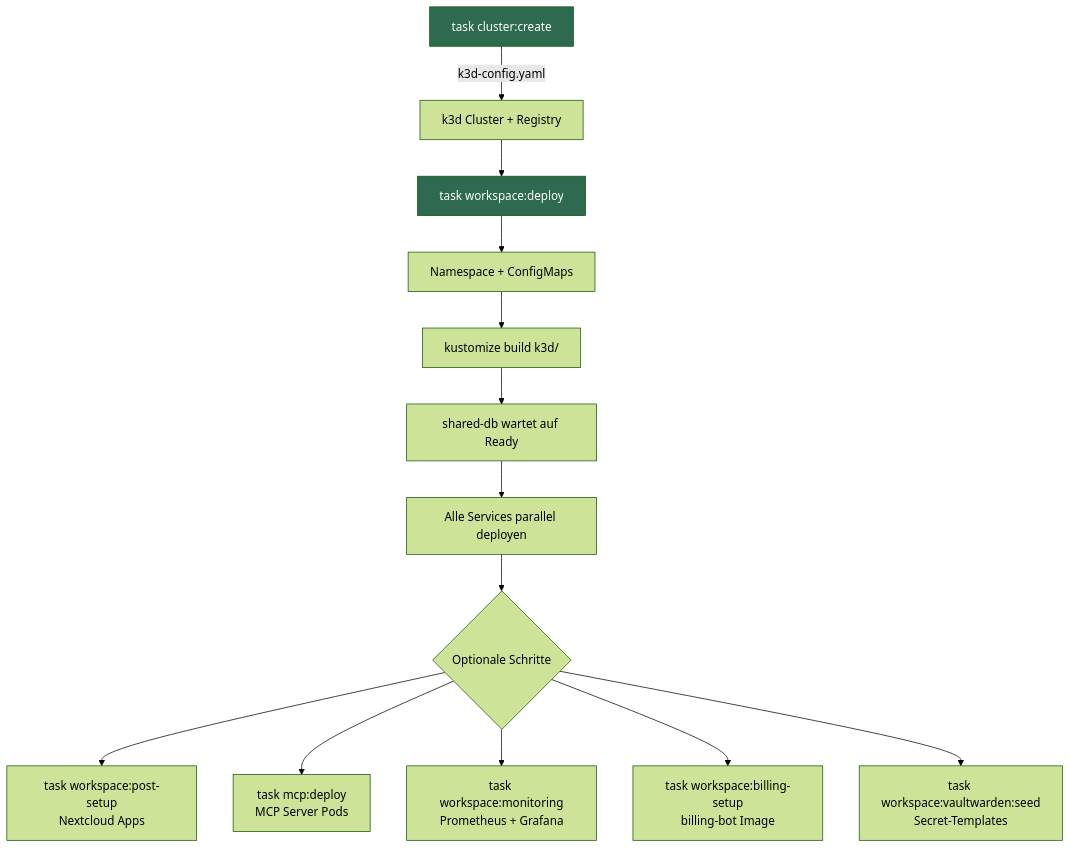
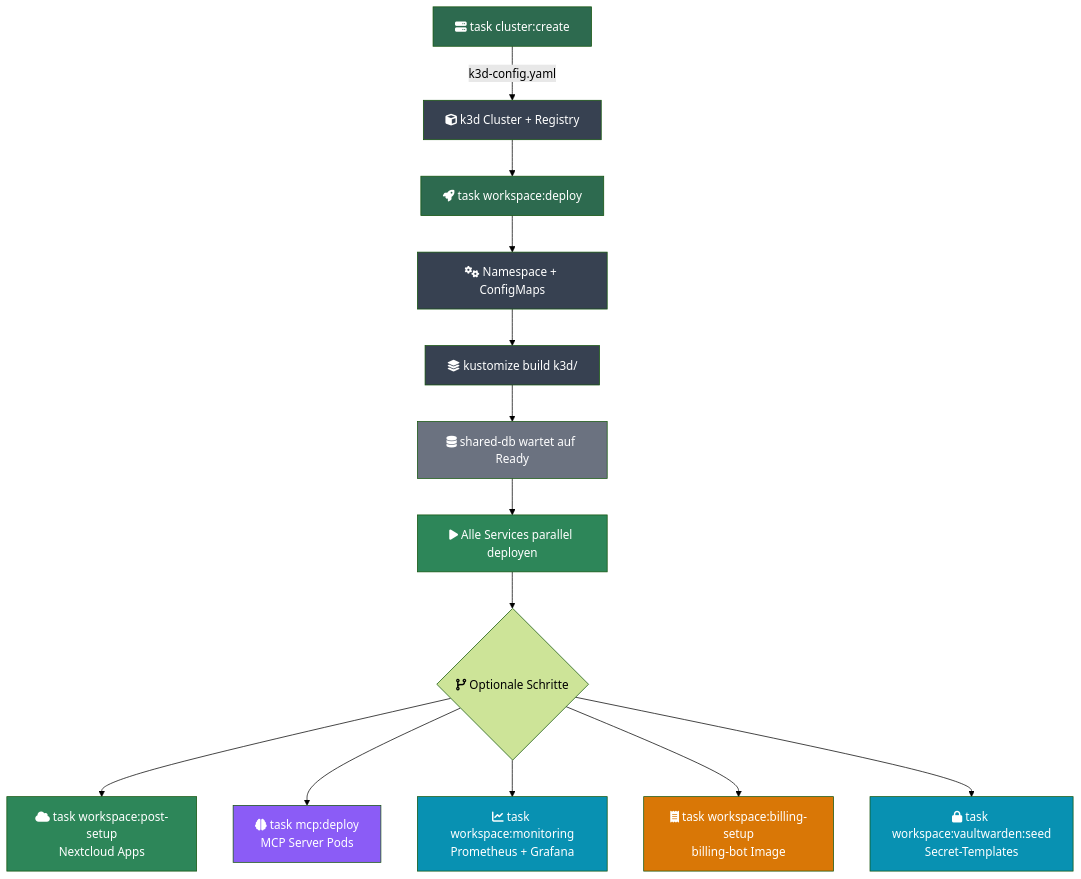
Before and after one commit to Paddione/Bachelorprojekt: the ninth of 9 diagrams in docs/architecture.md, drawn with Mermaid (forest theme). The commit also changed other lines of this file and 19 other files, not shown here.

````diff
--- a/docs/architecture.md
+++ b/docs/architecture.md
@@ -575,19 +628,29 @@
 ```mermaid
 flowchart TD
-    A[task cluster:create] -->|k3d-config.yaml| B[k3d Cluster + Registry]
-    B --> C[task workspace:deploy]
-    C --> D[Namespace + ConfigMaps]
-    D --> E[kustomize build k3d/]
-    E --> F[shared-db wartet auf Ready]
-    F --> G[Alle Services parallel deployen]
-    G --> H{Optionale Schritte}
+    A["fa:fa-server task cluster:create"] -->|k3d-config.yaml| B["fa:fa-cube k3d Cluster + Registry"]
+    B --> C["fa:fa-rocket task workspace:deploy"]
+    C --> D["fa:fa-cogs Namespace + ConfigMaps"]
+    D --> E["fa:fa-layer-group kustomize build k3d/"]
+    E --> F["fa:fa-database shared-db wartet auf Ready"]
+    F --> G["fa:fa-play Alle Services parallel deployen"]
+    G --> H{"fa:fa-code-branch Optionale Schritte"}
 
-    H --> I[task workspace:post-setup<br/>Nextcloud Apps]
-    H --> J[task mcp:deploy<br/>MCP Server Pods]
-    H --> K[task workspace:monitoring<br/>Prometheus + Grafana]
-    H --> L[task workspace:billing-setup<br/>billing-bot Image]
-    H --> M[task workspace:vaultwarden:seed<br/>Secret-Templates]
+    H --> I["fa:fa-cloud task workspace:post-setup<br/>Nextcloud Apps"]
+    H --> J["fa:fa-brain task mcp:deploy<br/>MCP Server Pods"]
+    H --> K["fa:fa-chart-line task workspace:monitoring<br/>Prometheus + Grafana"]
+    H --> L["fa:fa-receipt task workspace:billing-setup<br/>billing-bot Image"]
+    H --> M["fa:fa-lock task workspace:vaultwarden:seed<br/>Secret-Templates"]
 
     style A fill:#2d6a4f,color:#fff
+    style B fill:#374151,color:#fff
     style C fill:#2d6a4f,color:#fff
+    style D fill:#374151,color:#fff
+    style E fill:#374151,color:#fff
+    style F fill:#6b7280,color:#fff
+    style G fill:#2d8659,color:#fff
+    style I fill:#2d8659,color:#fff
+    style J fill:#8b5cf6,color:#fff
+    style K fill:#0891b2,color:#fff
+    style L fill:#d97706,color:#fff
+    style M fill:#0891b2,color:#fff
 ```
````
